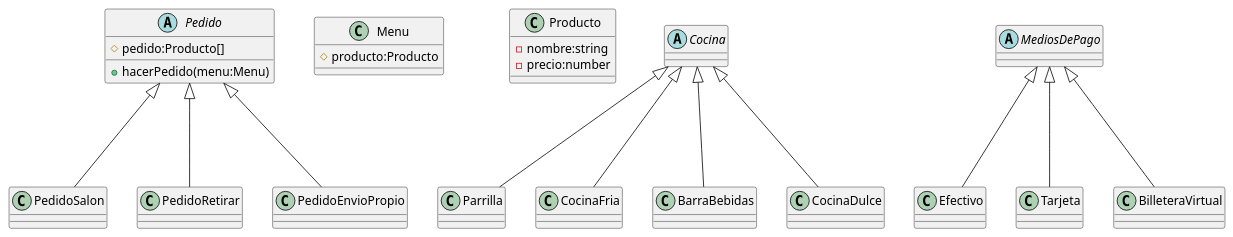
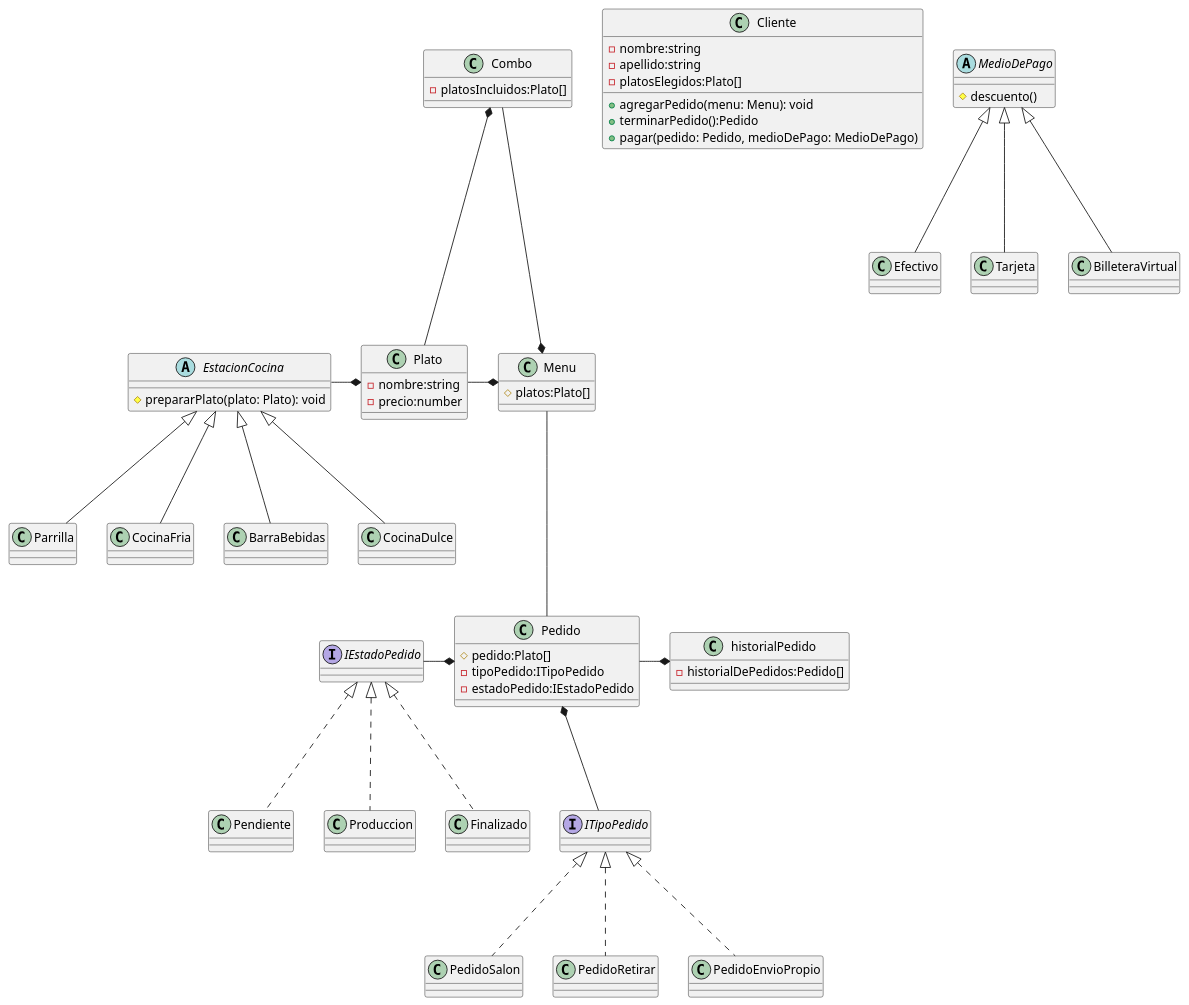
One commit to CoronelAlan/tp_progra2_grupo4 changed the diagram in diagrama/clase.puml. Above: the diagram before and after it, drawn with PlantUML.

Commit message:
Actualización del diagrama

```diff
--- a/diagrama/clase.puml
+++ b/diagrama/clase.puml
@@ -1,87 +1,141 @@
 @startuml
 
-abstract class Pedido{
-#pedido:Producto[]
+class Cliente{
+    -nombre:string
+    -apellido:string
+    -platosElegidos:Plato[]
 
-+hacerPedido(menu:Menu)
+    +agregarPedido(menu: Menu): void
+    +terminarPedido():Pedido
+    +pagar(pedido: Pedido, medioDePago: MedioDePago)
+    
+}
+
+class Pedido{
+    #pedido:Plato[]
+    -tipoPedido:ITipoPedido
+    -estadoPedido:IEstadoPedido
+
+}
+
+'Esto es un "Strategy"?.
+
+interface ITipoPedido{
 
 }
 
 class PedidoSalon{
 
 }
 
 class PedidoRetirar{
 
 }
 
 class PedidoEnvioPropio{
 
 }
 class Menu{
-#producto:Producto
+    #platos:Plato[]
 }
 
-class Producto{
--nombre:string
--precio:number
+class Plato{
+    -nombre:string
+    -precio:number
 }
 
-Pedido <|--- PedidoSalon
-Pedido <|--- PedidoRetirar
-Pedido <|--- PedidoEnvioPropio
+'Consultar clase Menu *--- Combo
 
+class Combo{
+    -platosIncluidos:Plato[]
+}
 
-
-
-abstract class Cocina{
-
+abstract class EstacionCocina{
+    #prepararPlato(plato: Plato): void
 }
 
 class Parrilla{
 
 }
 
 class CocinaFria{
 
 }
 
 class BarraBebidas{
 
 }
 
 class CocinaDulce{
 
 }
 
-Cocina <|--- Parrilla
-Cocina <|--- CocinaFria
-Cocina <|--- BarraBebidas
-Cocina <|--- CocinaDulce
-
-
-abstract class MediosDePago{
-
+abstract class MedioDePago{
+    #descuento()
 }
 
 class Efectivo{
 
 }
 
 class Tarjeta{
 
 }
 
 class BilleteraVirtual{ 
 
 }
 
-MediosDePago <|--- Efectivo
-MediosDePago <|--- Tarjeta
-MediosDePago <|--- BilleteraVirtual
+'IEstadoPedido es un "State"?.
 
+interface IEstadoPedido{
 
+}
 
+class Pendiente{
+
+}
+
+class Produccion{
+
+}
+
+class Finalizado{
+
+}
+
+class historialPedido{
+    'Como guardar en el array el ITipoPedido.
+    -historialDePedidos:Pedido[]
+}
+
+historialPedido *--left-- Pedido
+
+IEstadoPedido <|... Pendiente
+IEstadoPedido <|... Produccion
+IEstadoPedido <|... Finalizado
+Pedido *--left-- IEstadoPedido
+
+ITipoPedido <|... PedidoSalon
+ITipoPedido <|... PedidoRetirar
+ITipoPedido <|... PedidoEnvioPropio
+Pedido *--- ITipoPedido
+
+MedioDePago <|--- Efectivo
+MedioDePago <|--- Tarjeta
+MedioDePago <|--- BilleteraVirtual
+
+Pedido --up-- Menu
+Menu *--left-- Plato
+
+EstacionCocina <|--- Parrilla
+EstacionCocina <|--- CocinaFria
+EstacionCocina <|--- BarraBebidas
+EstacionCocina <|--- CocinaDulce
+Plato *--left-- EstacionCocina
+
+Menu *--up-- Combo
+Combo *---- Plato
 
 
 @enduml
```
